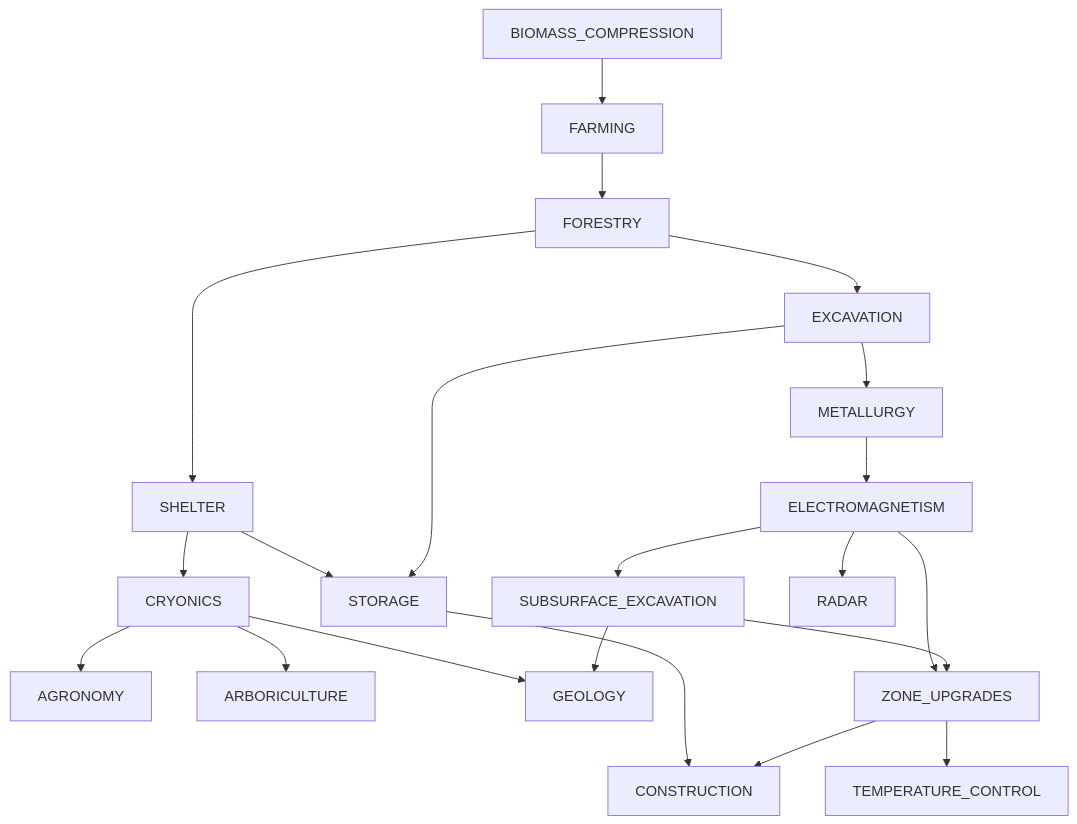
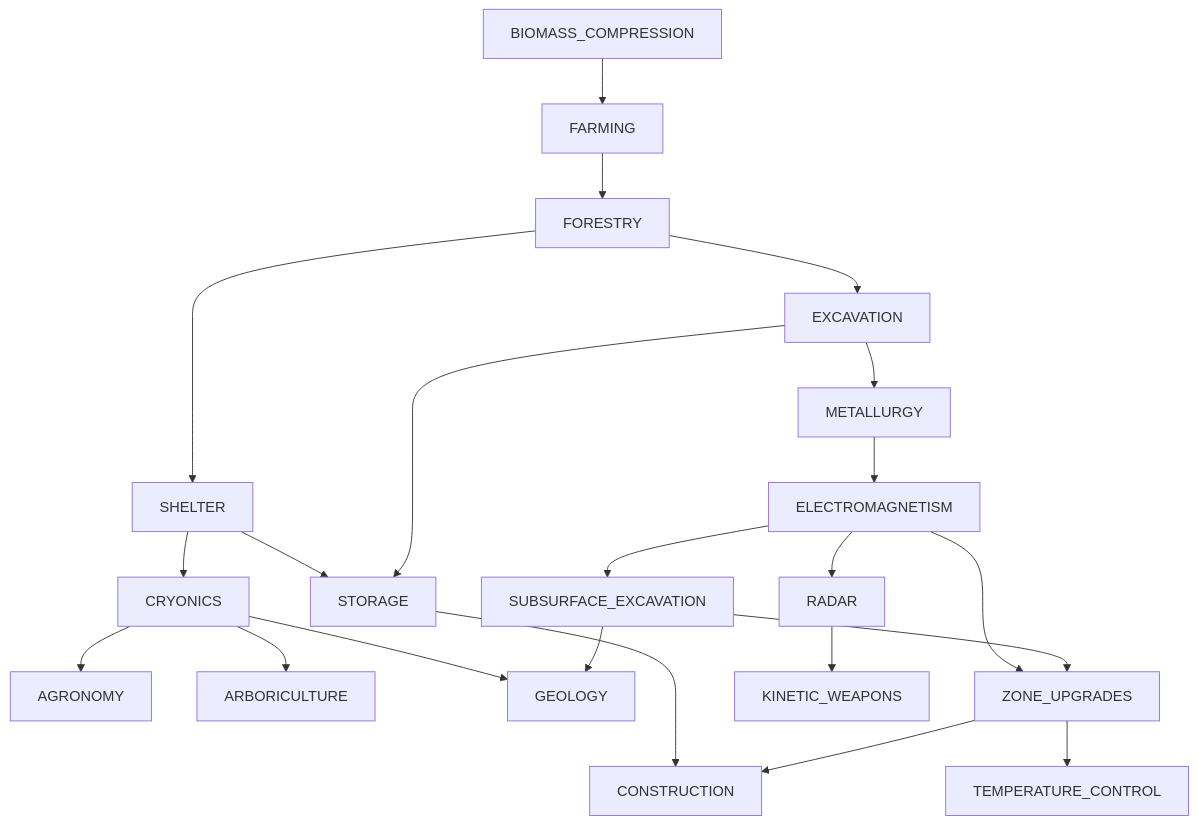
Before and after one commit to krnsk0/idler: the diagram in docs/TECH_TREE.md, drawn with Mermaid. The commit also changed 7 other files, not shown here.

````diff
--- a/docs/TECH_TREE.md
+++ b/docs/TECH_TREE.md
@@ -6,24 +6,25 @@
 ```mermaid
 flowchart TD;
   BIOMASS_COMPRESSION --> FARMING
   FARMING --> FORESTRY
   SHELTER --> CRYONICS
   SHELTER --> STORAGE
   CRYONICS --> AGRONOMY
   CRYONICS --> ARBORICULTURE
   CRYONICS --> GEOLOGY
   FORESTRY --> SHELTER
   FORESTRY --> EXCAVATION
   STORAGE --> CONSTRUCTION
   EXCAVATION --> METALLURGY
   EXCAVATION --> STORAGE
   METALLURGY --> ELECTROMAGNETISM
   ELECTROMAGNETISM --> ZONE_UPGRADES
   ELECTROMAGNETISM --> SUBSURFACE_EXCAVATION
   ELECTROMAGNETISM --> RADAR
   SUBSURFACE_EXCAVATION --> GEOLOGY
   SUBSURFACE_EXCAVATION --> ZONE_UPGRADES
   ZONE_UPGRADES --> CONSTRUCTION
   ZONE_UPGRADES --> TEMPERATURE_CONTROL
+  RADAR --> KINETIC_WEAPONS
 
 ```
````
